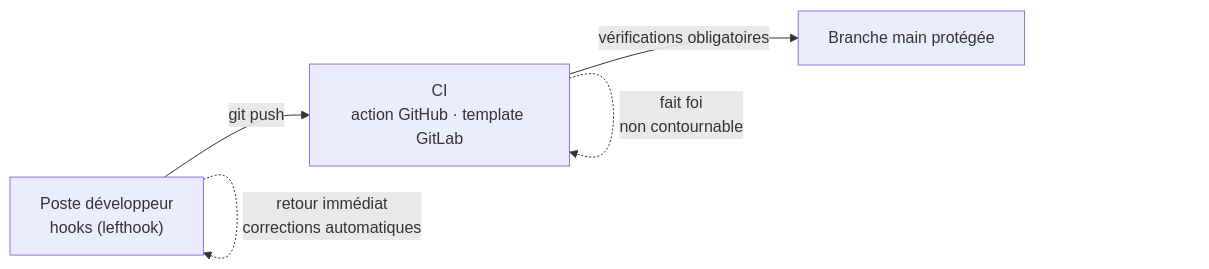
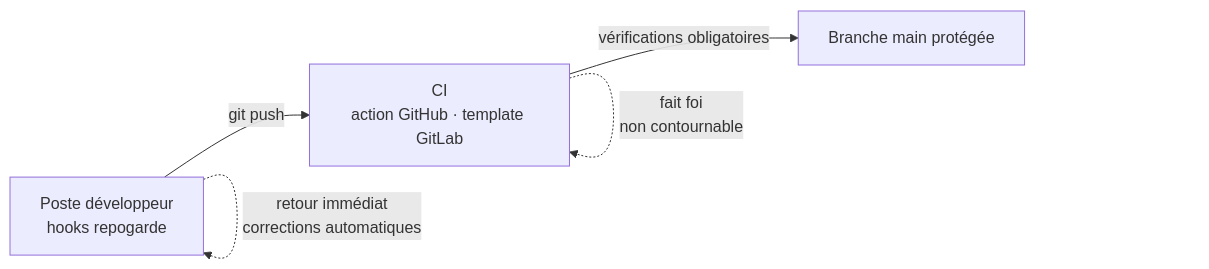
Before and after one commit to SimBienvenueHoulBoumi/githooks: the diagram in docs/index.md, drawn with Mermaid. The commit also changed other lines of this file and 38 other files, not shown here.

First line of the commit message:
refactor(hooks)!: retire la prise en charge de lefthook

````diff
--- a/docs/index.md
+++ b/docs/index.md
@@ -5,7 +5,7 @@
 ```mermaid
 flowchart LR
-    A["Poste développeur<br/>hooks (lefthook)"] -->|git push| B["CI<br/>action GitHub · template GitLab"]
+    A["Poste développeur<br/>hooks repogarde"] -->|git push| B["CI<br/>action GitHub · template GitLab"]
     B -->|vérifications obligatoires| C["Branche main protégée"]
     A -. "retour immédiat<br/>corrections automatiques" .-> A
     B -. "fait foi<br/>non contournable" .-> B
 ```
````
